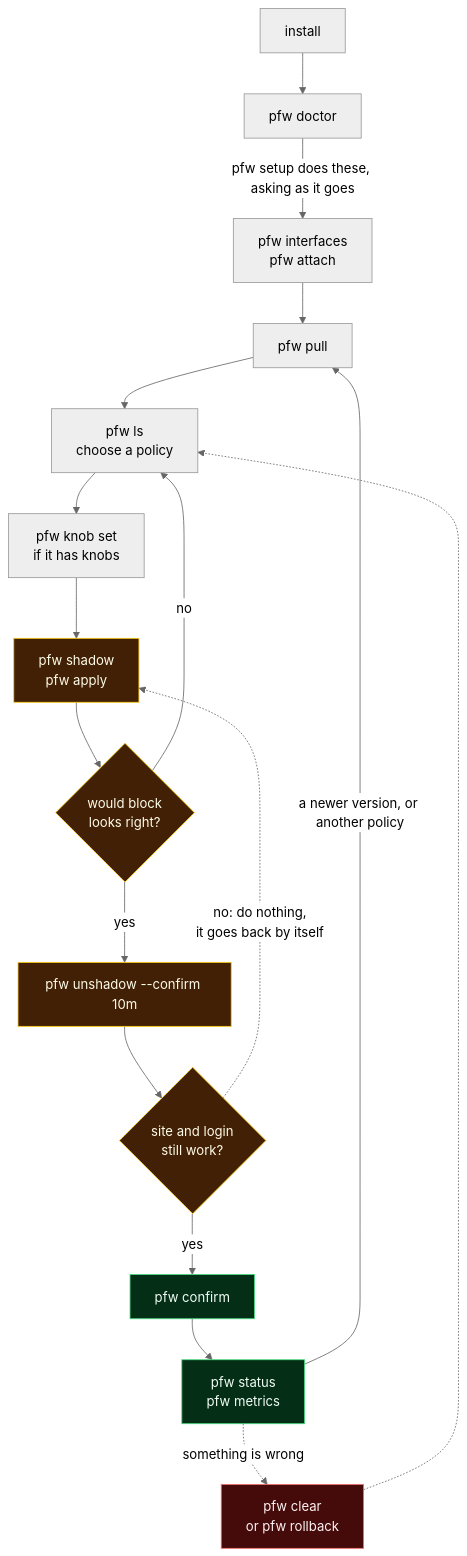
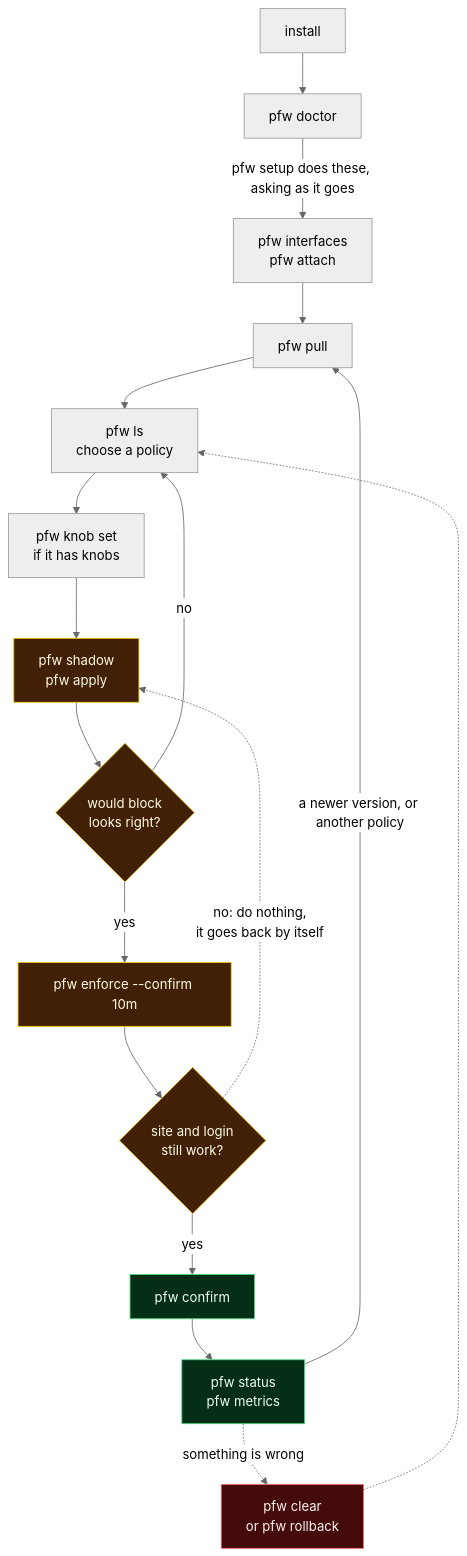
Before and after one commit to yeet-src/pfw: the diagram in assets/workflow.mmd, drawn with Mermaid (neutral theme). The commit also changed 43 other files, not shown here.

First line of the commit message:
several policies at once, each in a place of its own; pfw enforce; the newest pfw-core [bump:minor]

```diff
--- a/assets/workflow.mmd
+++ b/assets/workflow.mmd
@@ -1,24 +1,24 @@
 flowchart TD
     install["install"] --> doctor["pfw doctor"]
     doctor -->|"pfw setup does these, asking as it goes"| ifaces["pfw interfaces<br/>pfw attach"]
     ifaces --> pull["pfw pull"]
     pull --> ls["pfw ls<br/>choose a policy"]
     ls --> knob["pfw knob set<br/>if it has knobs"]
     knob --> shadow["pfw shadow<br/>pfw apply"]
     shadow --> check{"would block<br/>looks right?"}
     check -->|"no"| ls
-    check -->|"yes"| unshadow["pfw unshadow --confirm 10m"]
-    unshadow --> works{"site and login<br/>still work?"}
+    check -->|"yes"| enforce["pfw enforce --confirm 10m"]
+    enforce --> works{"site and login<br/>still work?"}
     works -->|"yes"| confirm["pfw confirm"]
     works -.->|"no: do nothing,<br/>it goes back by itself"| shadow
     confirm --> watch["pfw status<br/>pfw metrics"]
     watch -->|"a newer version, or another policy"| pull
     watch -.->|"something is wrong"| clear["pfw clear<br/>or pfw rollback"]
     clear -.-> ls
 
     classDef dry fill:#422006,stroke:#facc15,color:#fefce8
     classDef live fill:#052e16,stroke:#4ade80,color:#f0fdf4
     classDef out fill:#450a0a,stroke:#f87171,color:#fef2f2
-    class shadow,check,unshadow,works dry
+    class shadow,check,enforce,works dry
     class confirm,watch live
     class clear out
```
